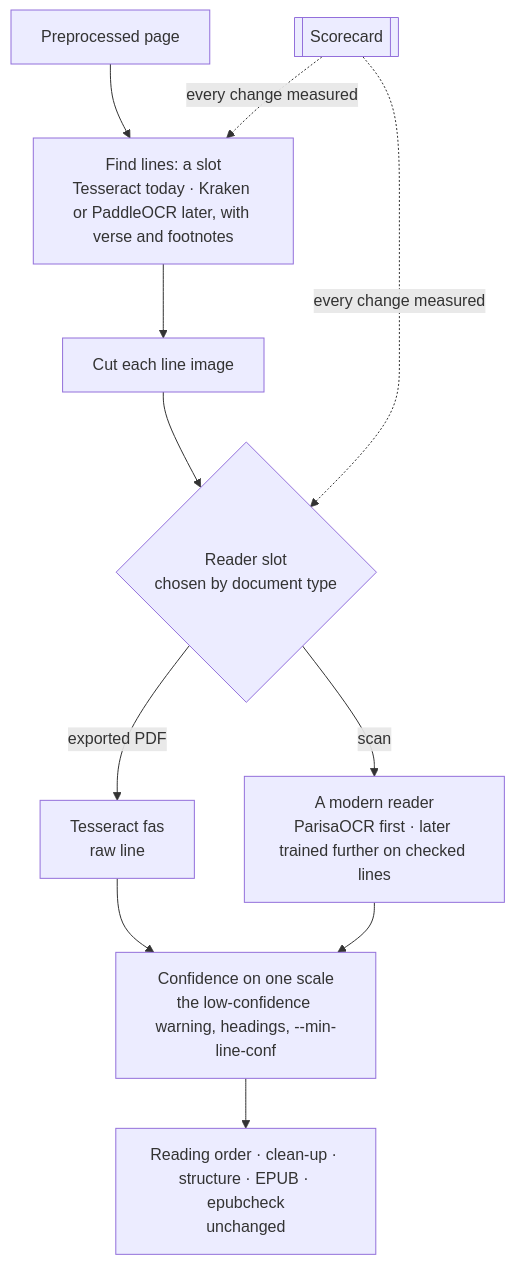
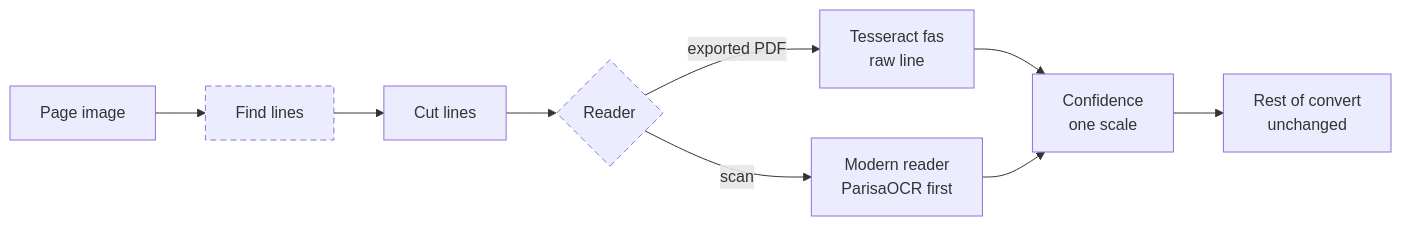
One commit to ardeshirj/rtlbook changed the diagram in docs/ROADMAP.md. Above: the diagram before and after it, drawn with Mermaid. The commit also changed other lines of this file and 1 other file, not shown here.

Commit message:
DESIGN.md, ROADMAP.md: the pipeline diagrams as engine parts only, compact labels: stages as rows read left to right; the target with the slots dashed; the scorecard in the text

````diff
--- a/docs/ROADMAP.md
+++ b/docs/ROADMAP.md
@@ -43,13 +43,11 @@
 ```mermaid
-flowchart TD
-    D[Preprocessed page] --> F[Find lines: a slot<br/>Tesseract today · Kraken or PaddleOCR later, with verse and footnotes]
-    F --> X[Cut each line image]
-    X --> R{Reader slot<br/>chosen by document type}
+flowchart LR
+    D[Page image] --> F[Find lines] --> X[Cut lines] --> R{Reader}
     R -- exported PDF --> T[Tesseract fas<br/>raw line]
-    R -- scan --> M[A modern reader<br/>ParisaOCR first · later trained further on checked lines]
-    T --> C[Confidence on one scale<br/>the low-confidence warning, headings, --min-line-conf]
+    R -- scan --> M[Modern reader<br/>ParisaOCR first]
+    T --> C[Confidence<br/>one scale]
     M --> C
-    C --> O[Reading order · clean-up · structure · EPUB · epubcheck<br/>unchanged]
-    S[[Scorecard]] -. every change measured .-> F
-    S -. every change measured .-> R
+    C --> O[Rest of convert<br/>unchanged]
+    classDef slot stroke-dasharray: 6 4
+    class F,R slot
 ```
````
